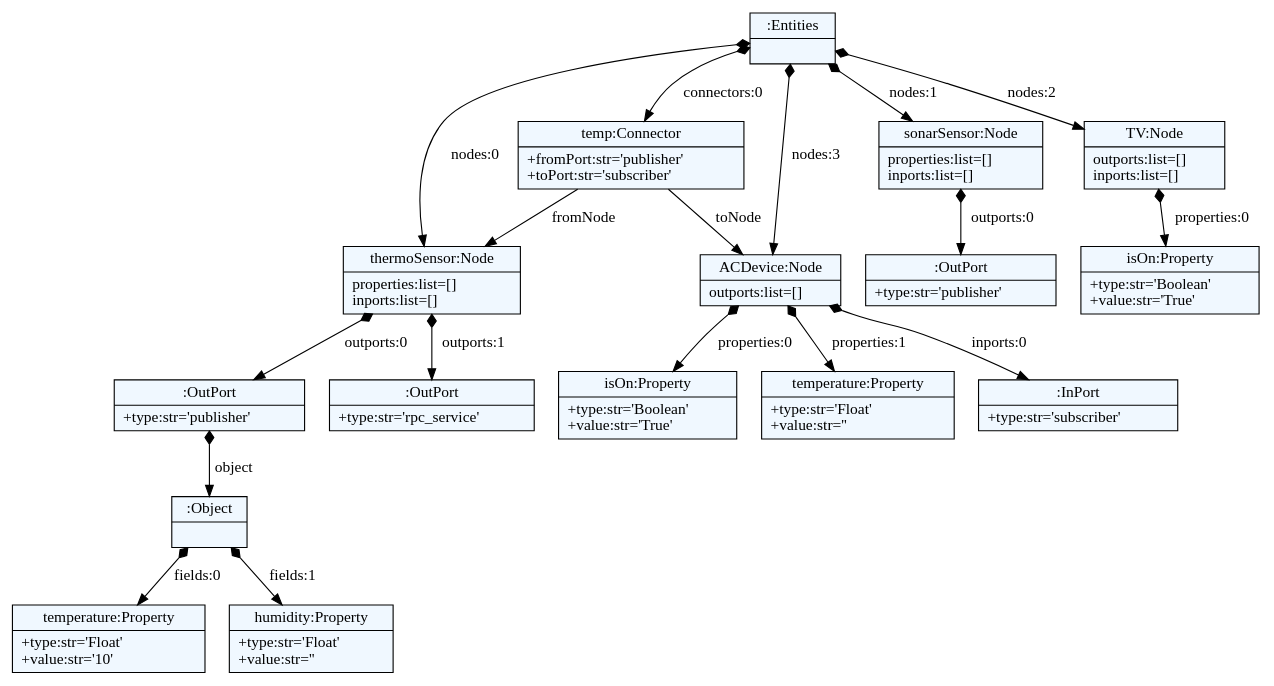
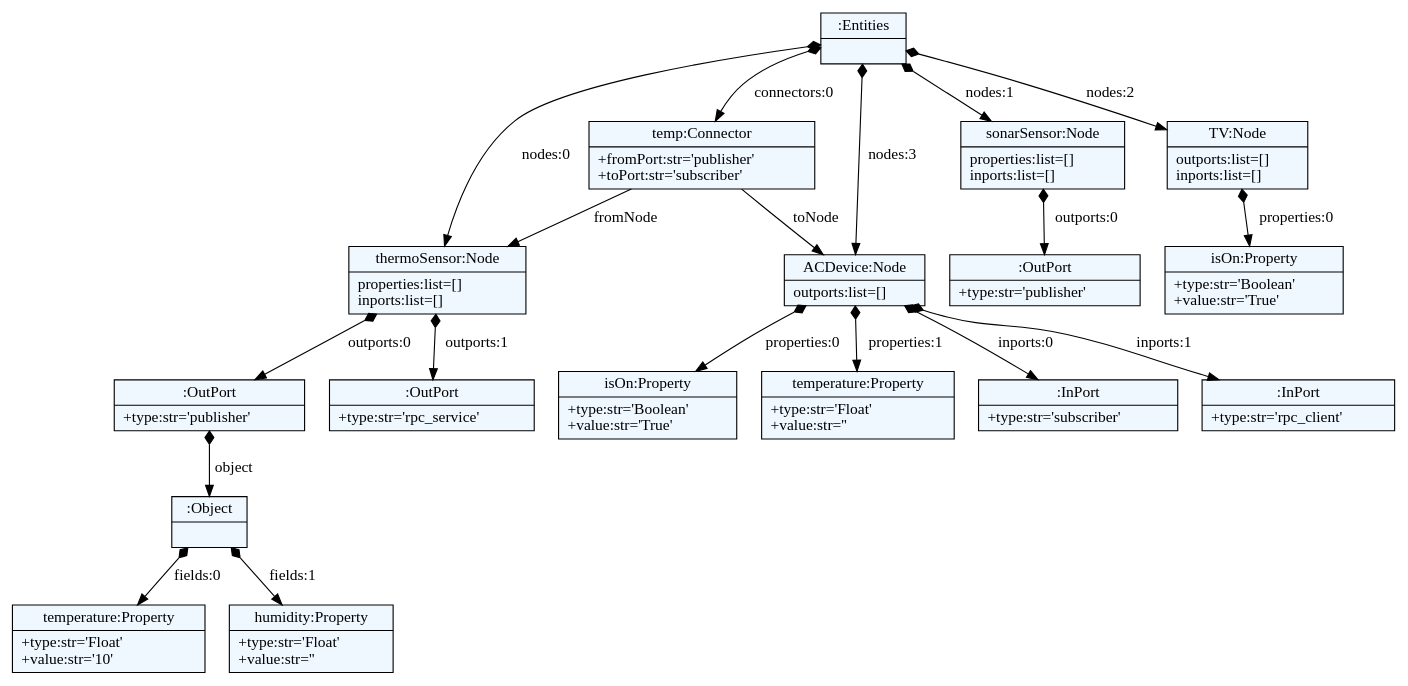
Before and after one commit to xanthoko/meco: the diagram in nodem/models/nodes.dot, drawn with Graphviz. The commit also changed 3 other files, not shown here.

Commit message:
add rpc_client to ACDevice

```diff
--- a/nodem/models/nodes.dot
+++ b/nodem/models/nodes.dot
@@ -1,48 +1,50 @@
 
     digraph textX {
     fontname = "Bitstream Vera Sans"
     fontsize = 8
     node[
         shape=record,
         style=filled,
         fillcolor=aliceblue
     ]
     nodesep = 0.3
     edge[dir=black,arrowtail=empty]
 
 
-4447743568 -> 4447852624 [label="nodes:0" arrowtail=diamond dir=both]
-4447852624 -> 4447854304 [label="outports:0" arrowtail=diamond dir=both]
-4447854304 -> 4447969136 [label="object" arrowtail=diamond dir=both]
-4447969136 -> 4447968944 [label="fields:0" arrowtail=diamond dir=both]
-4447968944[label="{temperature:Property|+type:str='Float'\l+value:str='10'\l}"]
-4447969136 -> 4447969040 [label="fields:1" arrowtail=diamond dir=both]
-4447969040[label="{humidity:Property|+type:str='Float'\l+value:str=''\l}"]
-4447969136[label="{:Object|}"]
-4447854304[label="{:OutPort|+type:str='publisher'\l}"]
-4447852624 -> 4447968080 [label="outports:1" arrowtail=diamond dir=both]
-4447968080[label="{:OutPort|+type:str='rpc_service'\l}"]
-4447852624[label="{thermoSensor:Node|properties:list=[]\linports:list=[]\l}"]
-4447743568 -> 4447853872 [label="nodes:1" arrowtail=diamond dir=both]
-4447853872 -> 4447965488 [label="outports:0" arrowtail=diamond dir=both]
-4447965488[label="{:OutPort|+type:str='publisher'\l}"]
-4447853872[label="{sonarSensor:Node|properties:list=[]\linports:list=[]\l}"]
-4447743568 -> 4447851808 [label="nodes:2" arrowtail=diamond dir=both]
-4447851808 -> 4447968464 [label="properties:0" arrowtail=diamond dir=both]
-4447968464[label="{isOn:Property|+type:str='Boolean'\l+value:str='True'\l}"]
-4447851808[label="{TV:Node|outports:list=[]\linports:list=[]\l}"]
-4447743568 -> 4447965344 [label="nodes:3" arrowtail=diamond dir=both]
-4447965344 -> 4447969088 [label="properties:0" arrowtail=diamond dir=both]
-4447969088[label="{isOn:Property|+type:str='Boolean'\l+value:str='True'\l}"]
-4447965344 -> 4447967792 [label="properties:1" arrowtail=diamond dir=both]
-4447967792[label="{temperature:Property|+type:str='Float'\l+value:str=''\l}"]
-4447965344 -> 4447968896 [label="inports:0" arrowtail=diamond dir=both]
-4447968896[label="{:InPort|+type:str='subscriber'\l}"]
-4447965344[label="{ACDevice:Node|outports:list=[]\l}"]
-4447743568 -> 4447968656 [label="connectors:0" arrowtail=diamond dir=both]
-4447968656 -> 4447852624 [label="fromNode" ]
-4447968656 -> 4447965344 [label="toNode" ]
-4447968656[label="{temp:Connector|+fromPort:str='publisher'\l+toPort:str='subscriber'\l}"]
-4447743568[label="{:Entities|}"]
+4450671632 -> 4450670672 [label="nodes:0" arrowtail=diamond dir=both]
+4450670672 -> 4451188256 [label="outports:0" arrowtail=diamond dir=both]
+4451188256 -> 4451187152 [label="object" arrowtail=diamond dir=both]
+4451187152 -> 4451186048 [label="fields:0" arrowtail=diamond dir=both]
+4451186048[label="{temperature:Property|+type:str='Float'\l+value:str='10'\l}"]
+4451187152 -> 4451186000 [label="fields:1" arrowtail=diamond dir=both]
+4451186000[label="{humidity:Property|+type:str='Float'\l+value:str=''\l}"]
+4451187152[label="{:Object|}"]
+4451188256[label="{:OutPort|+type:str='publisher'\l}"]
+4450670672 -> 4451187488 [label="outports:1" arrowtail=diamond dir=both]
+4451187488[label="{:OutPort|+type:str='rpc_service'\l}"]
+4450670672[label="{thermoSensor:Node|properties:list=[]\linports:list=[]\l}"]
+4450671632 -> 4450672208 [label="nodes:1" arrowtail=diamond dir=both]
+4450672208 -> 4451187584 [label="outports:0" arrowtail=diamond dir=both]
+4451187584[label="{:OutPort|+type:str='publisher'\l}"]
+4450672208[label="{sonarSensor:Node|properties:list=[]\linports:list=[]\l}"]
+4450671632 -> 4451184896 [label="nodes:2" arrowtail=diamond dir=both]
+4451184896 -> 4451187392 [label="properties:0" arrowtail=diamond dir=both]
+4451187392[label="{isOn:Property|+type:str='Boolean'\l+value:str='True'\l}"]
+4451184896[label="{TV:Node|outports:list=[]\linports:list=[]\l}"]
+4450671632 -> 4451187344 [label="nodes:3" arrowtail=diamond dir=both]
+4451187344 -> 4451187728 [label="properties:0" arrowtail=diamond dir=both]
+4451187728[label="{isOn:Property|+type:str='Boolean'\l+value:str='True'\l}"]
+4451187344 -> 4451188160 [label="properties:1" arrowtail=diamond dir=both]
+4451188160[label="{temperature:Property|+type:str='Float'\l+value:str=''\l}"]
+4451187344 -> 4451188496 [label="inports:0" arrowtail=diamond dir=both]
+4451188496[label="{:InPort|+type:str='subscriber'\l}"]
+4451187344 -> 4451186624 [label="inports:1" arrowtail=diamond dir=both]
+4451186624[label="{:InPort|+type:str='rpc_client'\l}"]
+4451187344[label="{ACDevice:Node|outports:list=[]\l}"]
+4450671632 -> 4451186960 [label="connectors:0" arrowtail=diamond dir=both]
+4451186960 -> 4450670672 [label="fromNode" ]
+4451186960 -> 4451187344 [label="toNode" ]
+4451186960[label="{temp:Connector|+fromPort:str='publisher'\l+toPort:str='subscriber'\l}"]
+4450671632[label="{:Entities|}"]
 
 }
```
